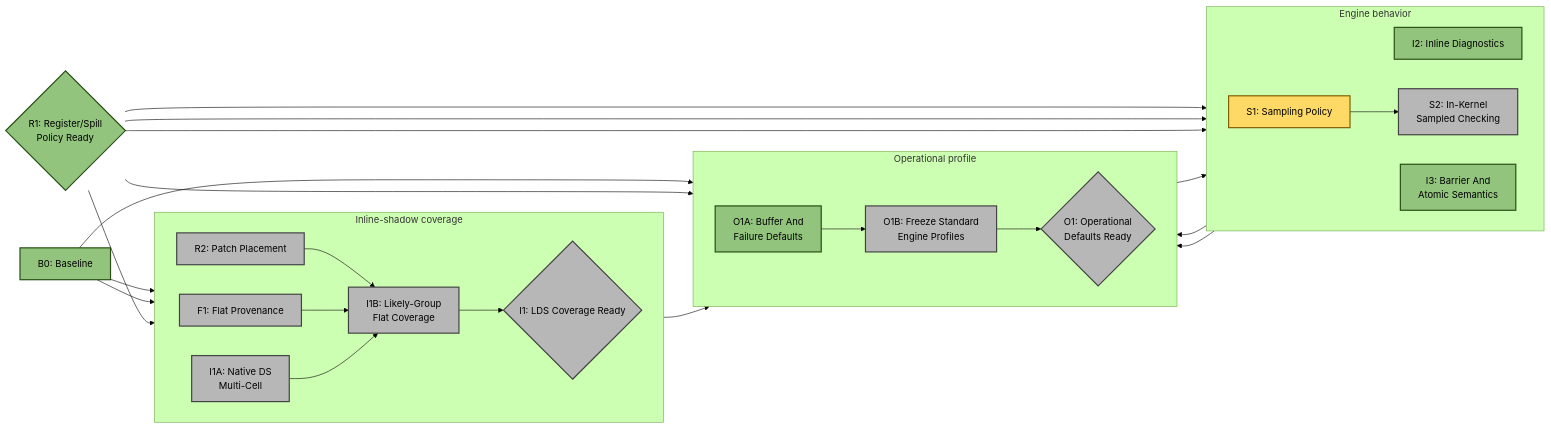
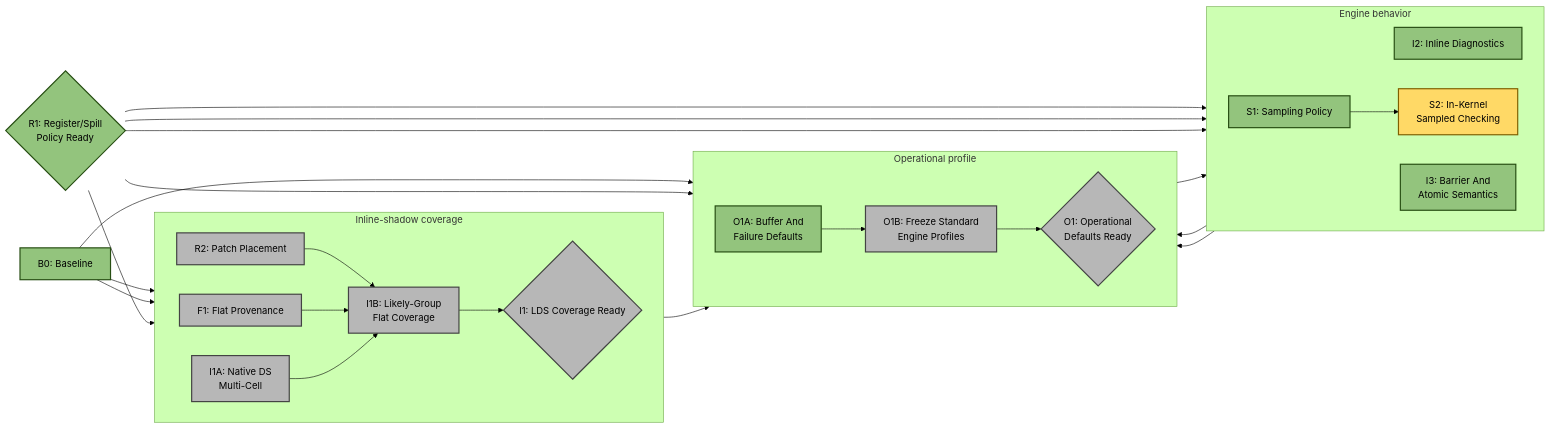
The second of 4 diagrams in emulation/rocjitsu/docs/consan/PLAN.md (ROCm/rocm-systems), drawn with Mermaid (forest theme) before and after one commit. The commit also changed other lines of this file and 11 other files, not shown here.

````diff
--- a/emulation/rocjitsu/docs/consan/PLAN.md
+++ b/emulation/rocjitsu/docs/consan/PLAN.md
@@ -120,56 +120,56 @@
 ```mermaid
 flowchart LR
   B0["B0: Baseline"]:::done
   R1{"R1: Register/Spill<br/>Policy Ready"}:::done
 
   subgraph INLINE["Inline-shadow coverage"]
     direction LR
     R2["R2: Patch Placement"]:::todo
     F1["F1: Flat Provenance"]:::todo
     I1A["I1A: Native DS<br/>Multi-Cell"]:::todo
     I1B["I1B: Likely-Group<br/>Flat Coverage"]:::todo
     I1{"I1: LDS Coverage Ready"}:::todo
 
     R2 --> I1B
     F1 --> I1B
     I1A --> I1B
     I1B --> I1
   end
 
   subgraph BEHAVIOR["Engine behavior"]
     direction LR
     I2["I2: Inline Diagnostics"]:::done
     I3["I3: Barrier And<br/>Atomic Semantics"]:::done
-    S1["S1: Sampling Policy"]:::active
-    S2["S2: In-Kernel<br/>Sampled Checking"]:::todo
+    S1["S1: Sampling Policy"]:::done
+    S2["S2: In-Kernel<br/>Sampled Checking"]:::active
 
     S1 --> S2
   end
 
   subgraph OPS["Operational profile"]
     direction LR
     O1A["O1A: Buffer And<br/>Failure Defaults"]:::done
     O1B["O1B: Freeze Standard<br/>Engine Profiles"]:::todo
     O1{"O1: Operational<br/>Defaults Ready"}:::todo
 
     O1A --> O1B
     O1B --> O1
   end
 
   B0 --> R2
   B0 --> F1
   B0 --> O1A
   R1 --> I1A
   R1 --> I2
   R1 --> I3
   R1 --> S1
   R1 --> O1B
   O1A --> I2
   I1 --> O1B
   I3 --> O1B
   S1 --> O1B
 
   classDef done fill:#93c47d,stroke:#274e13,stroke-width:2px,color:#000;
   classDef active fill:#ffd966,stroke:#7f6000,stroke-width:2px,color:#000;
   classDef todo fill:#b7b7b7,stroke:#434343,stroke-width:2px,color:#000;
 ```
````
